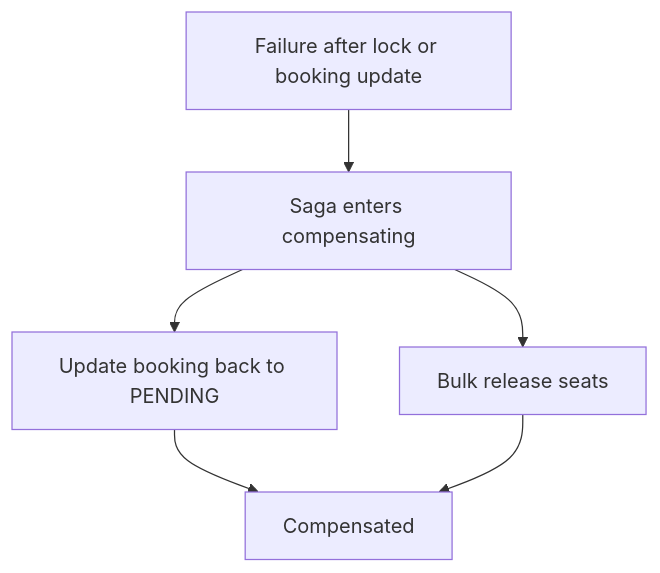
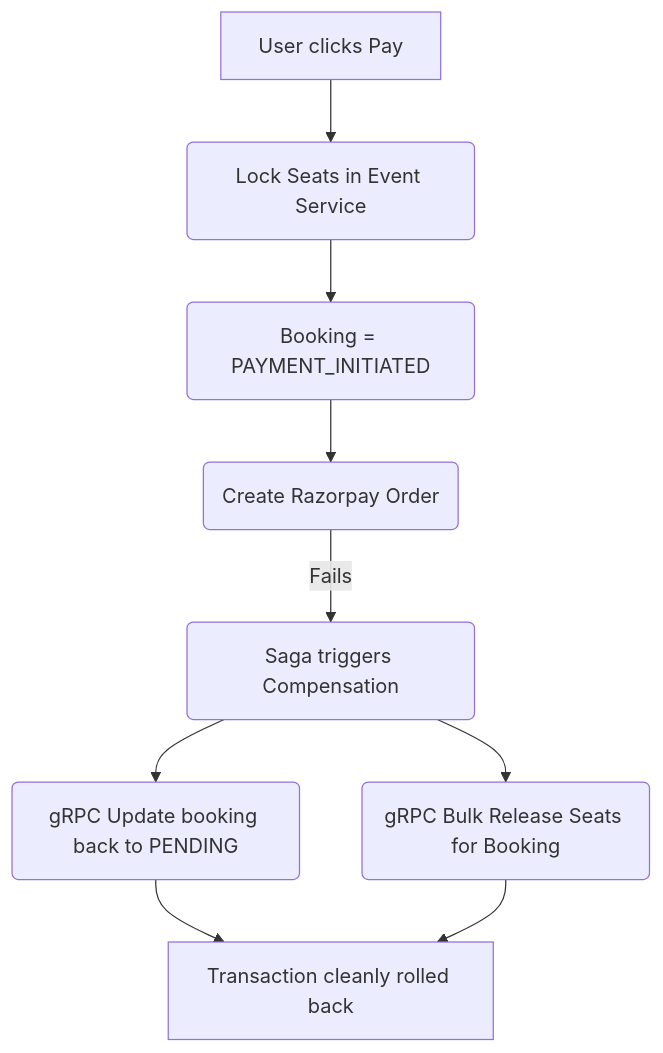
The second of 4 diagrams in docs/05_Impact_and_Diagrams.md (NithinKS007/EP-Microservices), drawn with Mermaid before and after one commit. The commit also changed other lines of this file and 7 other files, not shown here.

````diff
--- a/docs/05_Impact_and_Diagrams.md
+++ b/docs/05_Impact_and_Diagrams.md
@@ -28,8 +32,11 @@
 ```mermaid
 flowchart TD
-    Fail[Failure after lock or booking update] --> Saga[Saga enters compensating]
-    Saga --> RollbackBooking[Update booking back to PENDING]
-    Saga --> ReleaseSeats[Bulk release seats]
-    RollbackBooking --> Done[Compensated]
+    Initiate[User clicks Pay] --> LockSeats(Lock Seats in Event Service)
+    LockSeats --> Initiated(Booking = PAYMENT_INITIATED)
+    Initiated --> Razorpay(Create Razorpay Order)
+    Razorpay -- Fails --> Saga(Saga triggers Compensation)
+    Saga --> RollbackBooking(gRPC Update booking back to PENDING)
+    Saga --> ReleaseSeats(gRPC Bulk Release Seats for Booking)
+    RollbackBooking --> Done[Transaction cleanly rolled back]
     ReleaseSeats --> Done
 ```
````
